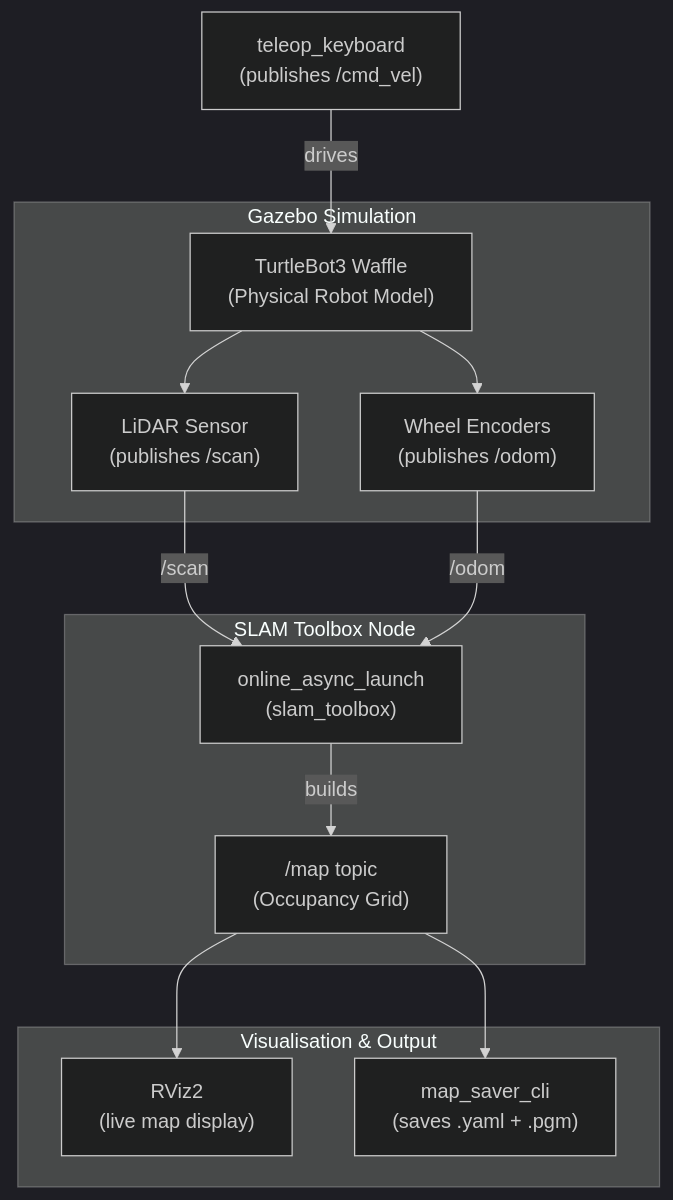
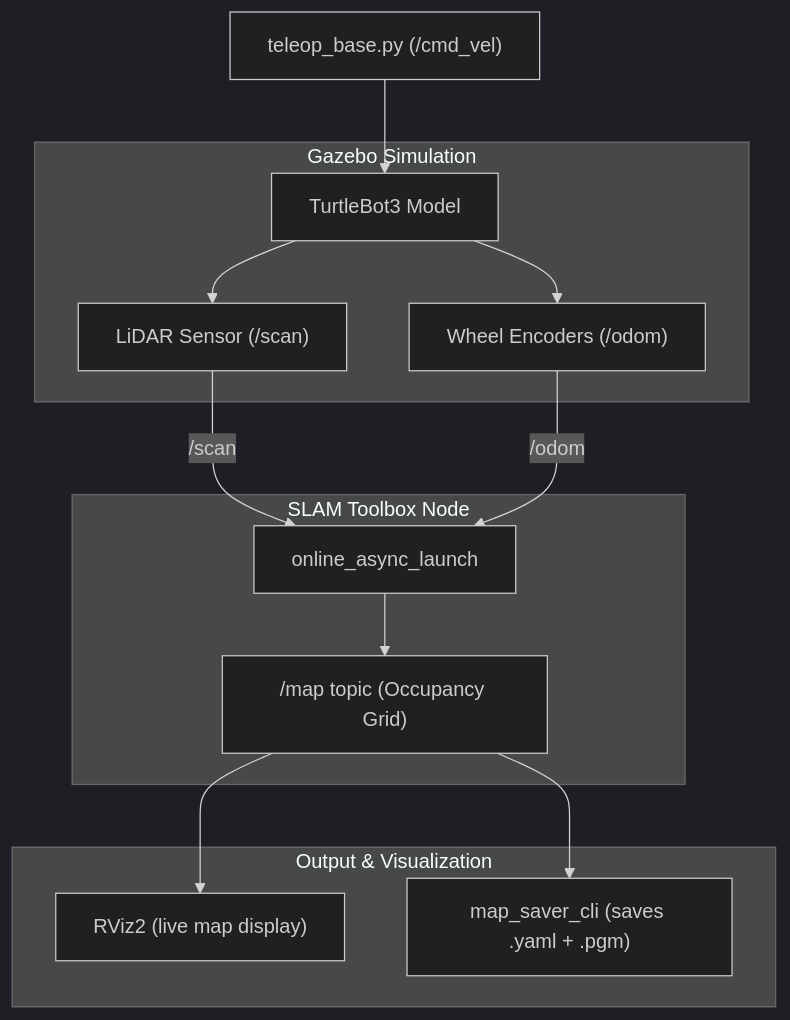
The diagram in Practical_4_SLAM/README.md (Kshitij0610/Basics-of-ROS-and--SLAM), drawn with Mermaid (dark theme) before and after one commit. The commit also changed other lines of this file and 3 other files, not shown here.

Commit message:
Fix Practical 4: Add package.xml, CMakeLists.txt, launch/slam.launch.py and update README for portable execution

````diff
--- a/Practical_4_SLAM/README.md
+++ b/Practical_4_SLAM/README.md
@@ -184,27 +104,25 @@
 ```mermaid
 graph TD
     subgraph Gazebo ["Gazebo Simulation"]
-        TB3["TurtleBot3 Waffle\n(Physical Robot Model)"]
-        LIDAR["LiDAR Sensor\n(publishes /scan)"]
-        ODO["Wheel Encoders\n(publishes /odom)"]
+        TB3["TurtleBot3 Model"]
+        LIDAR["LiDAR Sensor (/scan)"]
+        ODO["Wheel Encoders (/odom)"]
         TB3 --> LIDAR & ODO
     end
 
     subgraph SLAM ["SLAM Toolbox Node"]
-        SLAMNode["online_async_launch\n(slam_toolbox)"]
-        MAP["/map topic\n(Occupancy Grid)"]
-        SLAMNode -->|builds| MAP
+        SLAMNode["online_async_launch"]
+        MAP["/map topic (Occupancy Grid)"]
+        SLAMNode --> MAP
     end
 
-    subgraph Visualisation ["Visualisation & Output"]
-        RV["RViz2\n(live map display)"]
-        MS["map_saver_cli\n(saves .yaml + .pgm)"]
+    subgraph Visualisation ["Output & Visualization"]
+        RV["RViz2 (live map display)"]
+        MS["map_saver_cli (saves .yaml + .pgm)"]
     end
 
-    LIDAR -->|"/scan"| SLAMNode
-    ODO -->|"/odom"| SLAMNode
-    MAP --> RV
-    MAP --> MS
-
-    TK["teleop_keyboard\n(publishes /cmd_vel)"] -->|drives| TB3
+    LIDAR -->|/scan| SLAMNode
+    ODO -->|/odom| SLAMNode
+    MAP --> RV & MS
+    TELE["teleop_base.py (/cmd_vel)"] --> TB3
 ```
````
